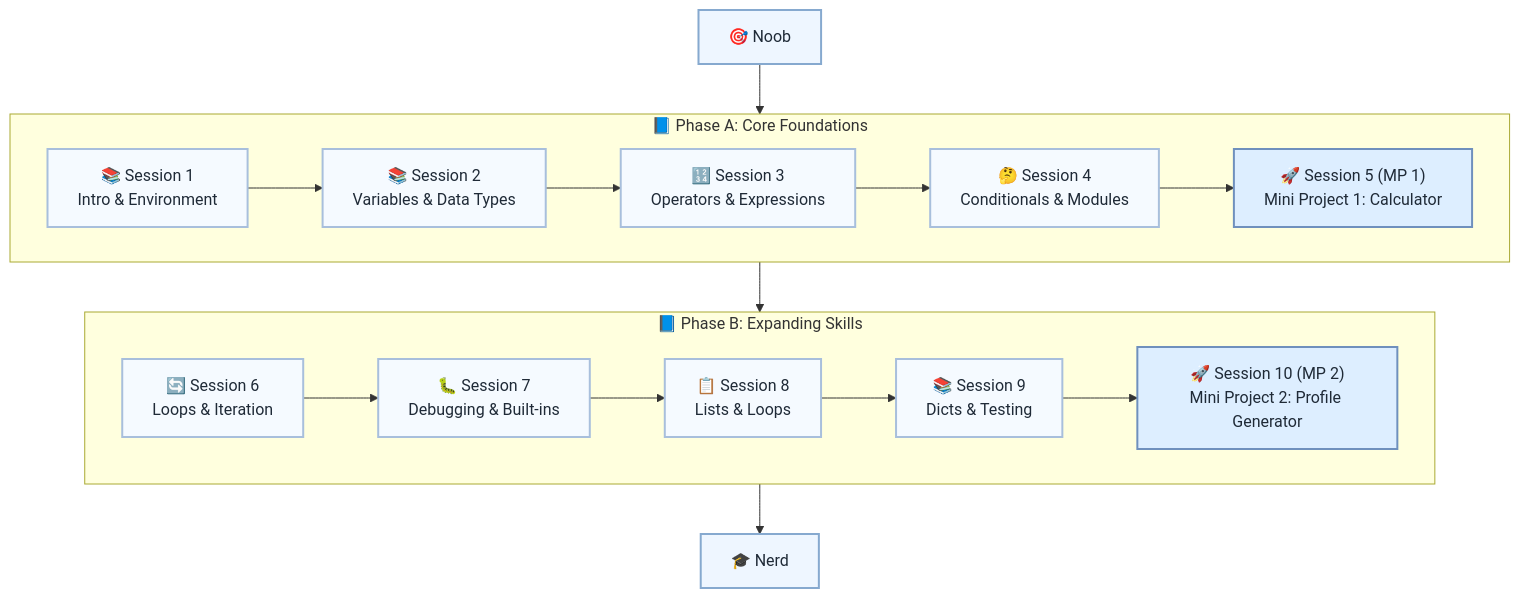
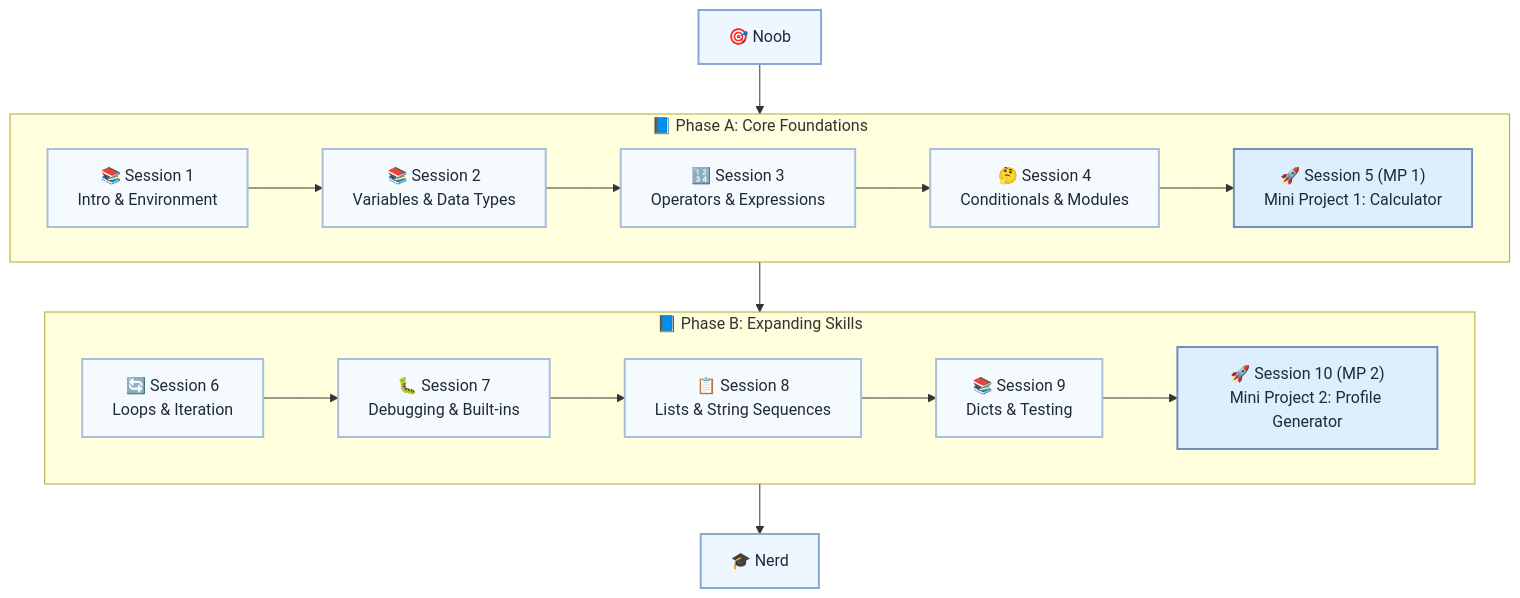
Before and after one commit to Swamy-s-Tech-Skills-Academy/python-fundamentals: the diagram in docs/sessions/L1/_Plan.md, drawn with Mermaid. The commit also changed other lines of this file and 121 other files, not shown here.

````diff
--- a/docs/sessions/L1/_Plan.md
+++ b/docs/sessions/L1/_Plan.md
@@ -122,32 +152,32 @@
 ```mermaid
 flowchart TB
   A["🎯 Noob"] --> PhaseA
     PhaseA --> PhaseB
   PhaseB --> K["🎓 Nerd"]
 
   subgraph PhaseA["📘 Phase A: Core Foundations"]
     B1["📚 Session 1<br>Intro & Environment"]
     B2["📚 Session 2<br>Variables & Data Types"]
     B3["🔢 Session 3<br>Operators & Expressions"]
     B4["🤔 Session 4<br>Conditionals & Modules"]
     B5["🚀 Session 5 (MP 1)<br>Mini Project 1: Calculator"]
         B1 --> B2 --> B3 --> B4 --> B5
     end
 
   subgraph PhaseB["📘 Phase B: Expanding Skills"]
     C1["🔄 Session 6<br>Loops & Iteration"]
     C2["🐛 Session 7<br>Debugging & Built-ins"]
-    C3["📋 Session 8<br>Lists & Loops"]
+    C3["📋 Session 8<br>Lists & String Sequences"]
     C4["📚 Session 9<br>Dicts & Testing"]
     C5["🚀 Session 10 (MP 2)<br>Mini Project 2: Profile Generator"]
         C1 --> C2 --> C3 --> C4 --> C5
     end
 
     classDef startEnd fill:#eef6ff,stroke:#86a9cf,stroke-width:2px,color:#1f2a37
     classDef session fill:#f5faff,stroke:#a8bfdc,stroke-width:2px,color:#1f2a37
     classDef project fill:#ddeeff,stroke:#6f90bd,stroke-width:2px,color:#1f2a37
 
     class A,K startEnd
     class B1,B2,B3,B4,C1,C2,C3,C4 session
     class B5,C5 project
 ```
````
